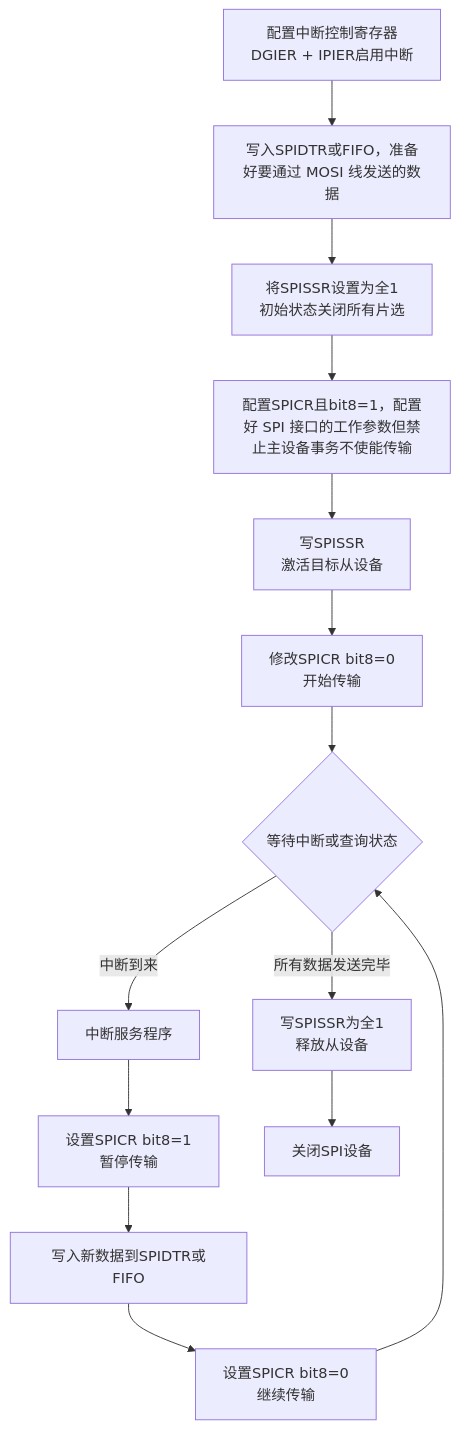
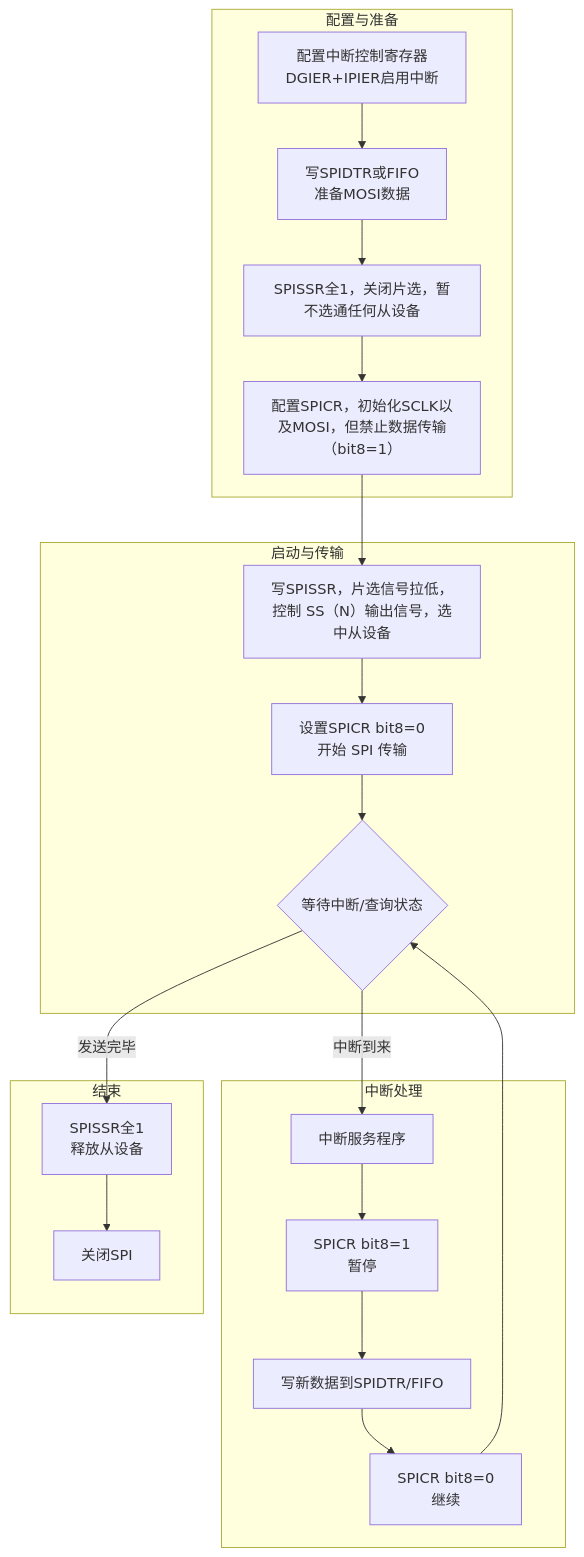
Before and after one commit to ottoiflu/Computer-Composition-and-Interface-Technology-MIPS: the third of 3 diagrams in 微机原理.md, drawn with Mermaid. The commit also changed other lines of this file and 11 other files, not shown here.

````diff
--- a/微机原理.md
+++ b/微机原理.md
@@ -844,16 +1058,33 @@
 ```mermaid
 flowchart TD
-    A[配置中断控制寄存器<br/>DGIER + IPIER启用中断] --> B[写入SPIDTR或FIFO，准备好要通过 MOSI 线发送的数据]
-    B --> C[将SPISSR设置为全1<br/>初始状态关闭所有片选]
-    C --> D[配置SPICR且bit8=1，配置好 SPI 接口的工作参数但禁止主设备事务不使能传输]
-    D --> E[写SPISSR<br/>激活目标从设备]
-    E --> F[修改SPICR bit8=0<br/>开始传输]
-    F --> G{等待中断或查询状态}
-    G -->|中断到来| H[中断服务程序]
-    H --> H1[设置SPICR bit8=1<br/>暂停传输]
-    H1 --> H2[写入新数据到SPIDTR或FIFO]
-    H2 --> H3[设置SPICR bit8=0<br/>继续传输]
-    H3 --> G
-    G -->|所有数据发送完毕| I[写SPISSR为全1<br/>释放从设备]
-    I --> J[关闭SPI设备]
+   subgraph 配置与准备
+      A[配置中断控制寄存器<br/>DGIER+IPIER启用中断]
+      B[写SPIDTR或FIFO<br/>准备MOSI数据]
+      C[SPISSR全1，关闭片选，暂不选通任何从设备]
+      D[配置SPICR，初始化SCLK以及MOSI，但禁止数据传输（bit8=1）]
+   end
+
+   subgraph 启动与传输
+      E[写SPISSR，片选信号拉低，控制 SS（N）输出信号，选中从设备]
+      F[设置SPICR bit8=0<br/>开始 SPI 传输]
+      G{等待中断/查询状态}
+   end
+
+   subgraph 中断处理
+      H[中断服务程序]
+      H1[SPICR bit8=1<br/>暂停]
+      H2[写新数据到SPIDTR/FIFO]
+      H3[SPICR bit8=0<br/>继续]
+   end
+
+   subgraph 结束
+      I[SPISSR全1<br/>释放从设备]
+      J[关闭SPI]
+   end
+
+   A --> B --> C --> D --> E --> F --> G
+   G -- 中断到来 --> H
+   H --> H1 --> H2 --> H3 --> G
+   G -- 发送完毕 --> I --> J
+
 ```
````
